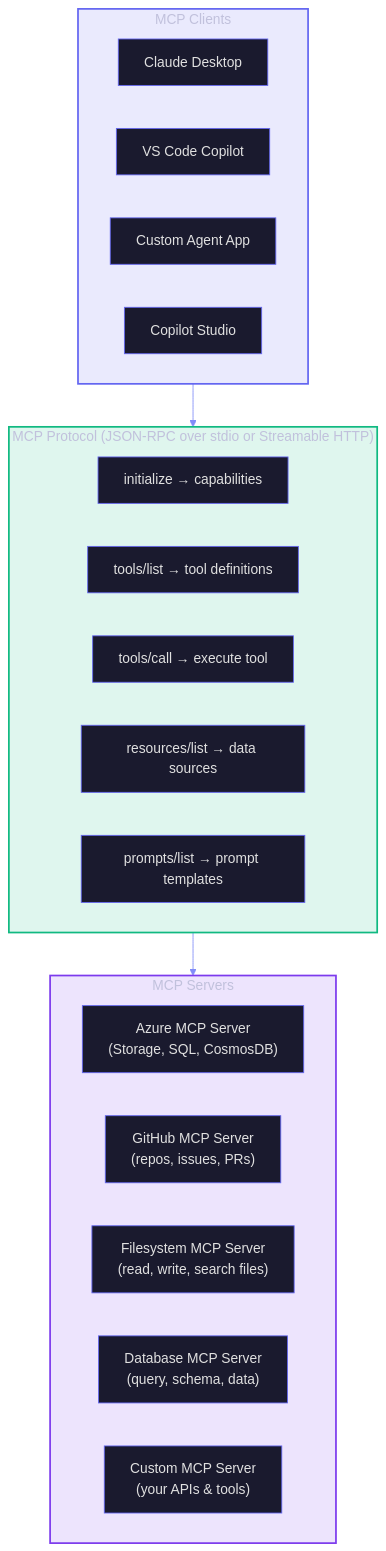
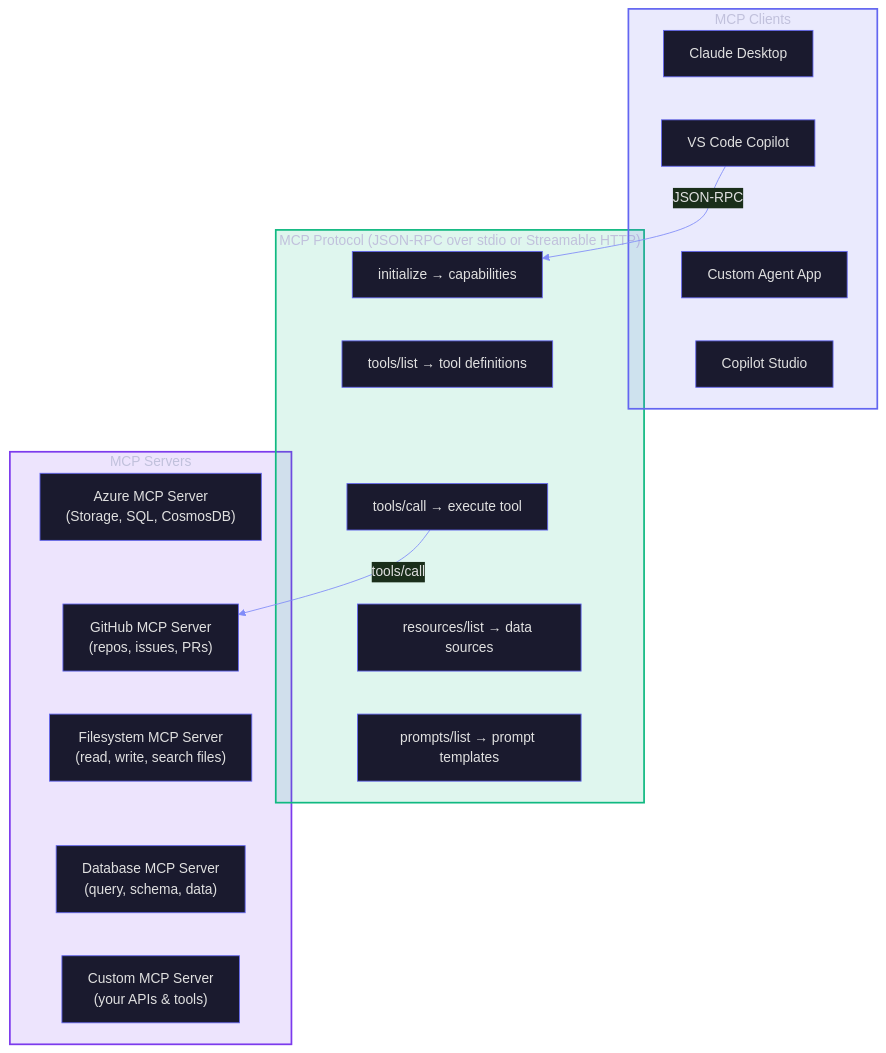
One commit to frootai/frootai changed the fourth of 7 diagrams in docs/O3-MCP-Tools-Functions.md. Above: the diagram before and after it, drawn with Mermaid. The commit also changed other lines of this file and 15 other files, not shown here.

Commit message:
docs: harden learning module diagrams

````diff
--- a/docs/O3-MCP-Tools-Functions.md
+++ b/docs/O3-MCP-Tools-Functions.md
@@ -231,32 +230,36 @@
 ```mermaid
 %%{init: {'theme': 'base', 'themeVariables': {'primaryColor': '#1a1a2e', 'primaryTextColor': '#e0e0e0', 'primaryBorderColor': '#6366f1', 'lineColor': '#818cf8', 'background': 'transparent'}}}%%
 graph TB
     subgraph CLIENTS["MCP Clients"]
         C1["Claude Desktop"]
         C2["VS Code Copilot"]
         C3["Custom Agent App"]
         C4["Copilot Studio"]
+      C1 ~~~ C2 ~~~ C3 ~~~ C4
     end
     
     subgraph PROTOCOL["MCP Protocol (JSON-RPC over stdio or Streamable HTTP)"]
         P1["initialize → capabilities"]
         P2["tools/list → tool definitions"]
         P3["tools/call → execute tool"]
         P4["resources/list → data sources"]
         P5["prompts/list → prompt templates"]
+        P1 ~~~ P2 ~~~ P3 ~~~ P4 ~~~ P5
     end
     
     subgraph SERVERS["MCP Servers"]
         S1["Azure MCP Server<br/>(Storage, SQL, CosmosDB)"]
         S2["GitHub MCP Server<br/>(repos, issues, PRs)"]
         S3["Filesystem MCP Server<br/>(read, write, search files)"]
         S4["Database MCP Server<br/>(query, schema, data)"]
         S5["Custom MCP Server<br/>(your APIs & tools)"]
+        S1 ~~~ S2 ~~~ S3 ~~~ S4 ~~~ S5
     end
     
-    CLIENTS --> PROTOCOL --> SERVERS
+      C2 -->|"JSON-RPC"| P1
+      P3 -->|"tools/call"| S2
     
     style CLIENTS fill:#6366f122,stroke:#6366f1,stroke-width:2px
     style PROTOCOL fill:#10b98122,stroke:#10b981,stroke-width:2px
     style SERVERS fill:#7c3aed22,stroke:#7c3aed,stroke-width:2px
 ```
````
